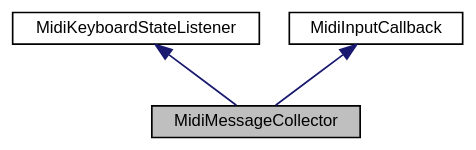
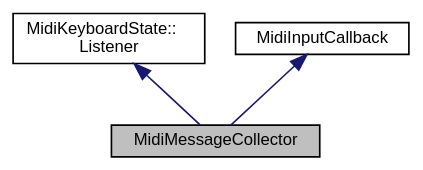
The diagram in doc/classMidiMessageCollector__inherit__graph.dot (klangfreund/jucedoc), drawn with Graphviz before and after one commit. The commit also changed 2765 other files, not shown here.

```diff
--- a/doc/classMidiMessageCollector__inherit__graph.dot
+++ b/doc/classMidiMessageCollector__inherit__graph.dot
@@ -1,11 +1,11 @@
 digraph "MidiMessageCollector"
 {
   bgcolor="transparent";
   edge [fontname="Helvetica",fontsize="10",labelfontname="Helvetica",labelfontsize="10"];
   node [fontname="Helvetica",fontsize="10",shape=record];
   Node0 [label="MidiMessageCollector",height=0.2,width=0.4,color="black", fillcolor="grey75", style="filled", fontcolor="black"];
   Node1 -> Node0 [dir="back",color="midnightblue",fontsize="10",style="solid",fontname="Helvetica"];
-  Node1 [label="MidiKeyboardStateListener",height=0.2,width=0.4,color="black",URL="$classMidiKeyboardStateListener.html",tooltip="Receives events from a MidiKeyboardState object. "];
+  Node1 [label="MidiKeyboardState::\lListener",height=0.2,width=0.4,color="black",URL="$classMidiKeyboardState_1_1Listener.html",tooltip="Receives events from a MidiKeyboardState object. "];
   Node2 -> Node0 [dir="back",color="midnightblue",fontsize="10",style="solid",fontname="Helvetica"];
   Node2 [label="MidiInputCallback",height=0.2,width=0.4,color="black",URL="$classMidiInputCallback.html",tooltip="Receives incoming messages from a physical MIDI input device. "];
 }
```
